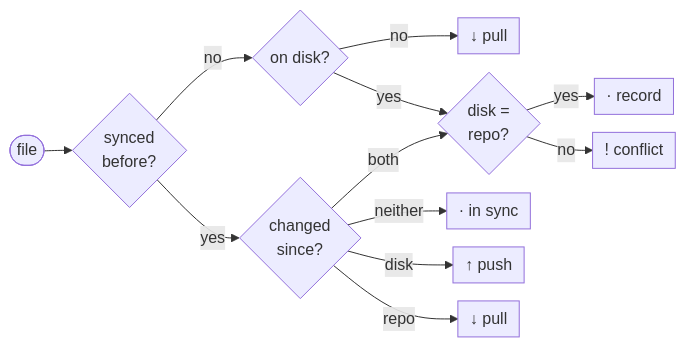
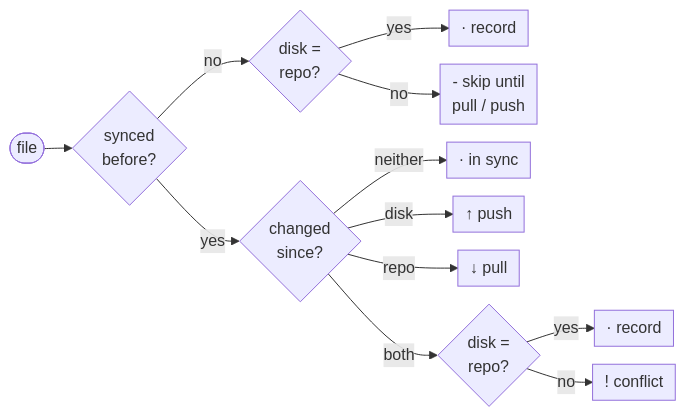
The fourth of 4 diagrams in README.md (denomolo/dotsync), drawn with Mermaid before and after one commit. The commit also changed other lines of this file and 11 other files, not shown here.

````diff
--- a/README.md
+++ b/README.md
@@ -505,15 +543,15 @@
 ```mermaid
 %%{init: {"flowchart": {"nodeSpacing": 18, "rankSpacing": 28, "padding": 6, "diagramPadding": 4}}}%%
 flowchart LR
     f(["file"]) --> known{"synced<br/>before?"}
-    known -- no --> ondisk{"on disk?"}
-    ondisk -- no --> pullnew["↓ pull"]
-    ondisk -- yes --> same
+    known -- no --> samenew{"disk =<br/>repo?"}
+    samenew -- yes --> recnew["· record"]
+    samenew -- no --> wait["- skip until<br/>pull / push"]
     known -- yes --> changed{"changed<br/>since?"}
     changed -- neither --> nothing["· in sync"]
     changed -- disk --> push["↑ push"]
     changed -- repo --> pull["↓ pull"]
     changed -- both --> same{"disk =<br/>repo?"}
     same -- yes --> rec["· record"]
     same -- no --> conf["! conflict"]
 ```
````
